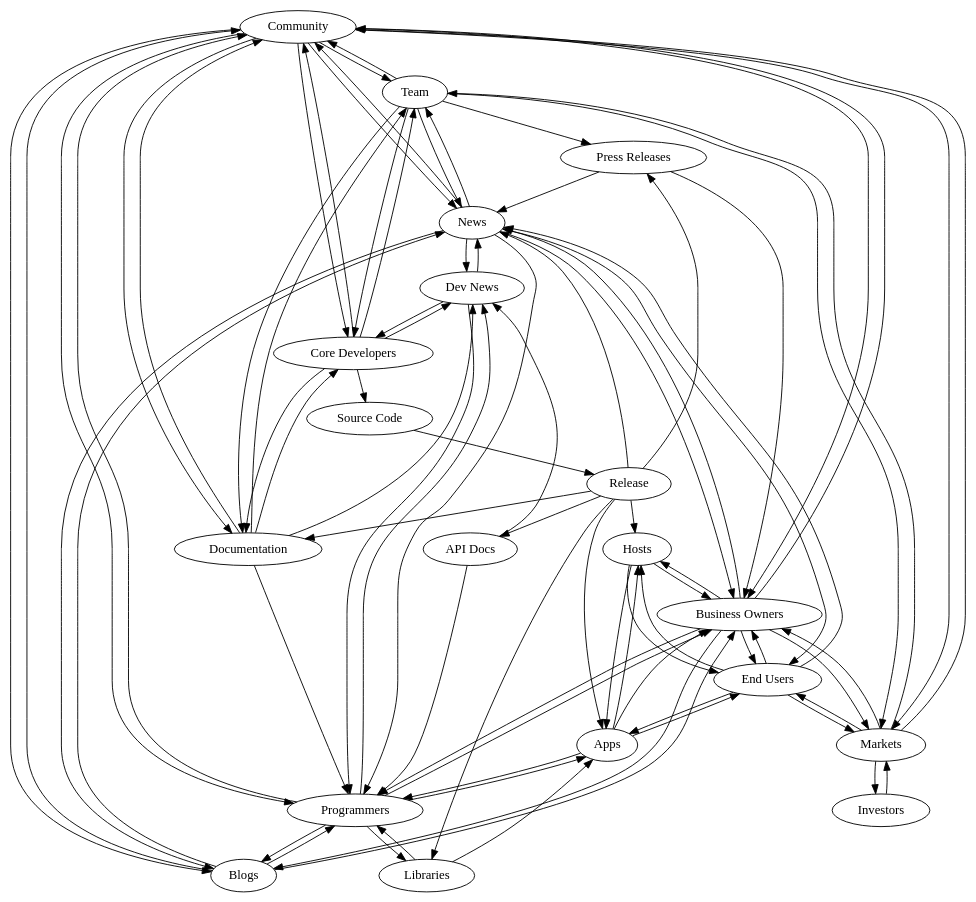
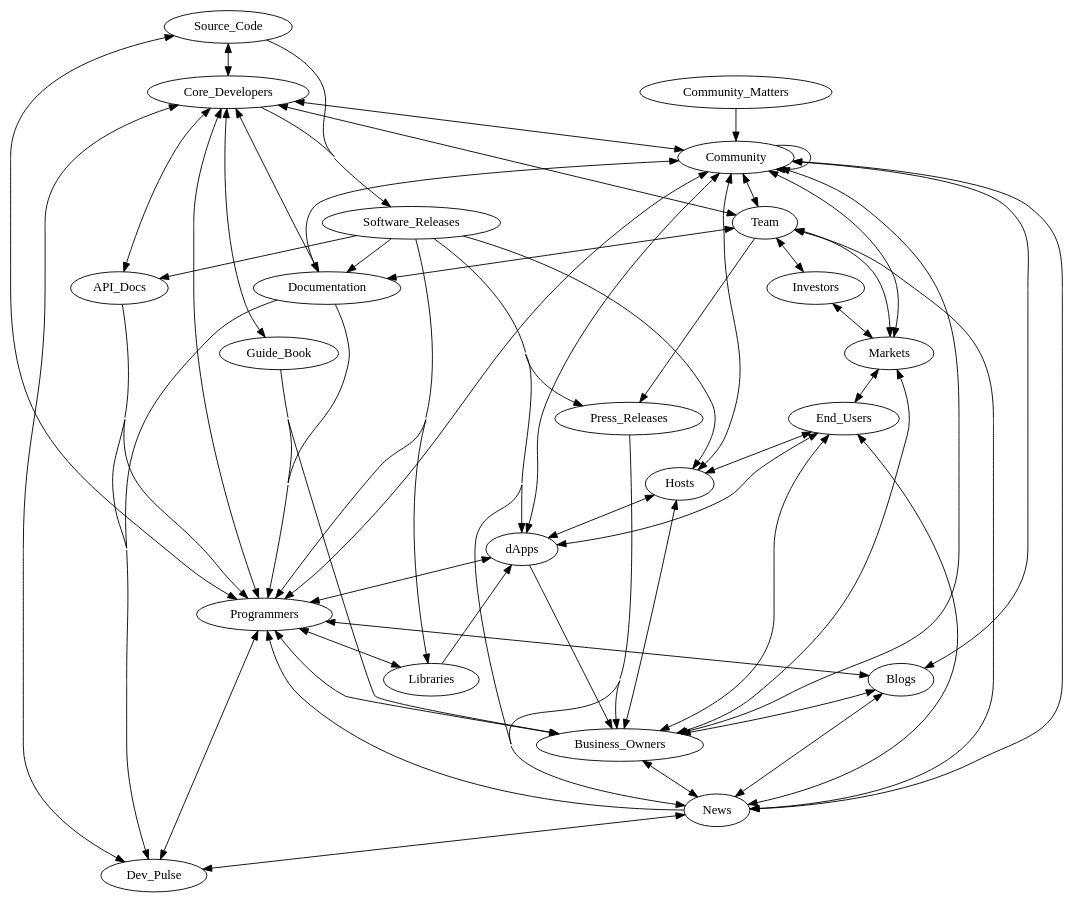
One commit to btakita/holochain-notes changed the diagram in information-flow.dot. Above: the diagram before and after it, drawn with Graphviz. The commit also changed 1 other file, not shown here.

Commit message:
information-flow.dot
	concentrate=true
	more entities
	some links

```diff
--- a/information-flow.dot
+++ b/information-flow.dot
@@ -1,53 +1,78 @@
 digraph	"Software Flow"	{
+	concentrate=true;
+
+    Source_Code[href="https://github.com/holochain/holochain-rust"];
+    Team[href="https://holo.host/team/"];
+    Core_Developers[href="https://github.com/holochain/holochain-rust/graphs/contributors"];
+    Software_Releases[href="https://github.com/holochain/holochain-rust/releases"];
+    Hosts[href="https://holo.host/host/"];
+    Documentation[href="https://developer.holochain.org/"];
+    API_Docs[href="https://developer.holochain.org/api/latest/hdk/"]
+    Guide_Book[href="https://developer.holochain.org/guide/latest/welcome.html"]
+    Dev_Pulse[href="https://medium.com/holochain"]
+    Community_Matters[href="https://medium.com/holochain/tagged/community-matters"]
+
+	Source_Code -> Software_Releases;
+	Source_Code -> Core_Developers -> Source_Code;
+	Libraries -> dApps;
+	dApps -> Business_Owners;
+	dApps -> End_Users -> dApps;
+	Documentation -> Dev_Pulse;
+	Documentation -> Programmers;
+	API_Docs -> Dev_Pulse;
+	API_Docs -> Programmers;
+	Guide_Book -> Programmers;
+	Guide_Book -> Business_Owners;
+	Press_Releases -> News;
+	Press_Releases -> Business_Owners;
+	News -> Dev_Pulse -> News;
+	News -> Programmers;
+	News -> Blogs -> News;
+	News -> Business_Owners -> News;
+	News -> End_Users -> News;
+	Dev_Pulse -> Programmers -> Dev_Pulse;
+    Community_Matters -> Community -> Community;
+	Blogs -> Programmers -> Blogs;
+	Blogs -> Business_Owners -> Blogs;
+	Team -> Core_Developers -> Team;
+	Team -> Press_Releases;
+	Team -> Documentation -> Team;
+	Team -> News -> Team;
+	Team -> Markets -> Team;
+	Team -> Investors -> Team;
+	Core_Developers -> API_Docs -> Core_Developers;
+	Core_Developers -> Documentation -> Core_Developers;
+	Core_Developers -> Dev_Pulse -> Core_Developers;
+	Core_Developers -> Programmers -> Core_Developers;
+	Core_Developers -> Software_Releases;
+	Core_Developers -> Guide_Book -> Core_Developers;
+	Software_Releases -> API_Docs;
+	Software_Releases -> News;
+	Software_Releases -> Libraries;
+	Software_Releases -> dApps;
+	Software_Releases -> Hosts;
+	Software_Releases -> Press_Releases;
+	Software_Releases -> Documentation;
+	Software_Releases -> Programmers;
+	Hosts -> dApps -> Hosts;
+	Hosts -> Business_Owners -> Hosts;
+	Hosts -> End_Users -> Hosts;
 	Community -> Team -> Community;
-	Community -> "Core Developers" -> Community;
+	Community -> Core_Developers -> Community;
 	Community -> Markets -> Community;
 	Community -> Blogs -> Community;
 	Community -> News -> Community;
 	Community -> Programmers -> Community;
-	Community -> "Business Owners" -> Community;
+	Community -> Business_Owners -> Community;
 	Community -> Documentation -> Community;
-	Team -> "Core Developers" -> Team;
-	Team -> "Press Releases";
-	Team -> Documentation -> Team;
-	Team -> News -> Team;
-	Team -> Markets -> Team;
-	"Core Developers" -> "Source Code";
-	"Source Code" -> Release;
-	Release -> "API Docs";
-	Release -> News;
-	Release -> Libraries;
-	Release -> "Apps";
-	Release -> Hosts;
-	Release -> "Press Releases";
-	Release -> Documentation;
-	Hosts -> Apps -> Hosts;
-	Hosts -> "Business Owners" -> Hosts;
-	Hosts -> "End Users" -> Hosts;
-	Documentation -> "Core Developers" -> Documentation;
-	Documentation -> "Dev News";
-	Documentation -> Programmers;
-	"API Docs" -> "Dev News";
-	"API Docs" -> Programmers;
-	"Core Developers" -> "Dev News" -> "Core Developers";
-	"Press Releases" -> News;
-	"Press Releases" -> "Business Owners";
-	News -> "Dev News" -> News;
-	News -> Programmers;
-	News -> Blogs -> News;
-	News -> "Business Owners" -> News;
-	News -> "End Users" -> News;
-	Blogs -> Programmers -> Blogs;
-	Blogs -> "Business Owners" -> Blogs;
-	Programmers -> "Dev News" -> Programmers;
-	Programmers -> Apps -> Programmers;
+	Community -> dApps -> Community;
+	Community -> Hosts -> Community;
+	Programmers -> Source_Code -> Programmers;
+	Programmers -> dApps -> Programmers;
 	Programmers -> Libraries -> Programmers;
-	Programmers -> "Business Owners" -> Programmers;
-	Libraries -> Apps;
-	Apps -> "Business Owners";
-	Apps -> "End Users" -> Apps;
-	"Business Owners" -> "End Users" -> "Business Owners";
-	"Business Owners" -> Markets -> "Business Owners";
+	Programmers -> Business_Owners -> Programmers;
+	Business_Owners -> End_Users -> Business_Owners;
+	Business_Owners -> Markets -> Business_Owners;
 	Markets -> Investors -> Markets;
-	Markets -> "End Users" -> Markets;
+	Markets -> End_Users -> Markets;
 }
```
